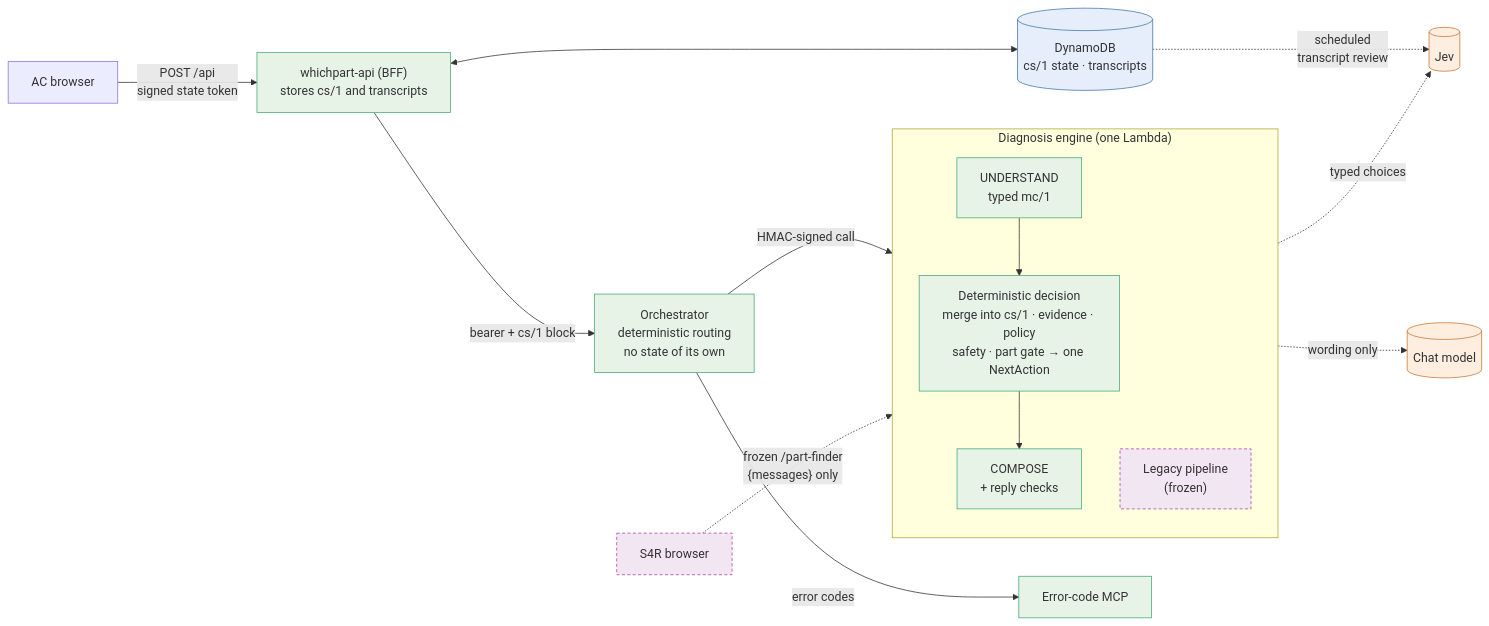
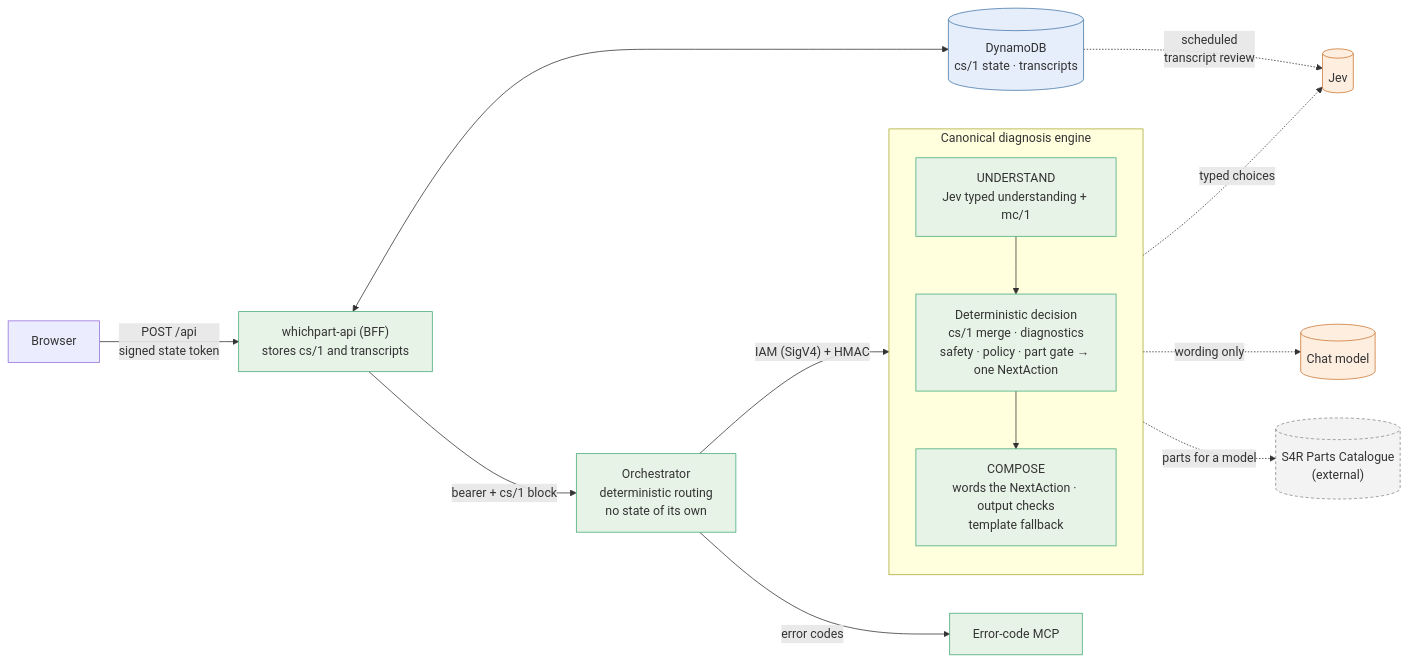
The diagram in README.md (timdodgson/appliance-clinic), drawn with Mermaid before and after one commit. The commit also changed other lines of this file and 489 other files, not shown here.

First line of the commit message:
Dedicated Appliance Clinic diagnosis engine (ADR 0019)

````diff
--- a/README.md
+++ b/README.md
@@ -30,26 +31,25 @@
 ```mermaid
 flowchart LR
-  B["AC browser"] -->|"POST /api<br/>signed state token"| W["whichpart-api (BFF)<br/>stores cs/1 and transcripts"]
+  B["Browser"] -->|"POST /api<br/>signed state token"| W["whichpart-api (BFF)<br/>stores cs/1 and transcripts"]
   W <--> D[("DynamoDB<br/>cs/1 state · transcripts")]
   W -->|"bearer + cs/1 block"| O["Orchestrator<br/>deterministic routing<br/>no state of its own"]
   O -->|"error codes"| M["Error-code MCP"]
-  O -->|"HMAC-signed call"| U
-  subgraph ENG["Diagnosis engine (one Lambda)"]
+  O -->|"IAM (SigV4) + HMAC"| U
+  subgraph ENG["Canonical diagnosis engine"]
     direction TB
-    U["UNDERSTAND<br/>typed mc/1"] --> G["Deterministic decision<br/>merge into cs/1 · evidence · policy<br/>safety · part gate → one NextAction"]
-    G --> C["COMPOSE<br/>+ reply checks"]
-    X["Legacy pipeline<br/>(frozen)"]
+    U["UNDERSTAND<br/>Jev typed understanding + mc/1"] --> G["Deterministic decision<br/>cs/1 merge · diagnostics<br/>safety · policy · part gate → one NextAction"]
+    G --> C["COMPOSE<br/>words the NextAction · output checks<br/>template fallback"]
   end
   U -.->|"typed choices"| J[("Jev")]
   C -.->|"wording only"| L[("Chat model")]
+  G -.->|"parts for a model"| P[("S4R Parts Catalogue<br/>(external)")]
   D -.->|"scheduled<br/>transcript review"| J
-  S["S4R browser"] -.->|"frozen /part-finder<br/>{messages} only"| X
   classDef det fill:#e8f3e8,stroke:#4a7;
   classDef model fill:#fdeee0,stroke:#c73;
   classDef state fill:#e6eefb,stroke:#47a;
-  classDef s4r fill:#f3e6f3,stroke:#a4a,stroke-dasharray: 4 3;
+  classDef ext fill:#f3f3f3,stroke:#888,stroke-dasharray: 4 3;
   class W,O,M,U,G,C det
   class J,L model
   class D state
-  class S,X s4r
+  class P ext
 ```
````
